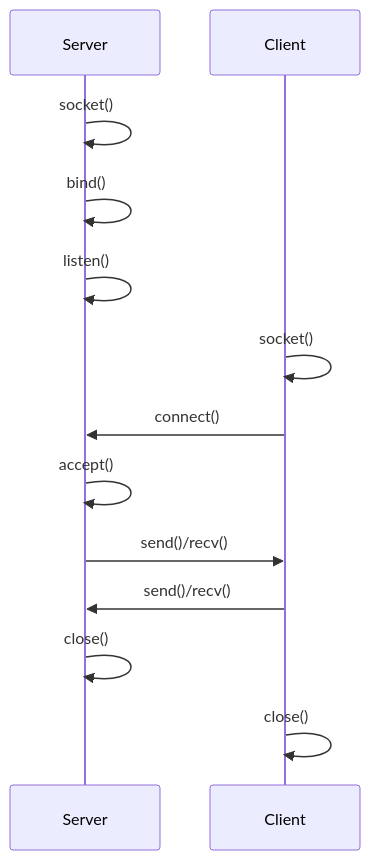
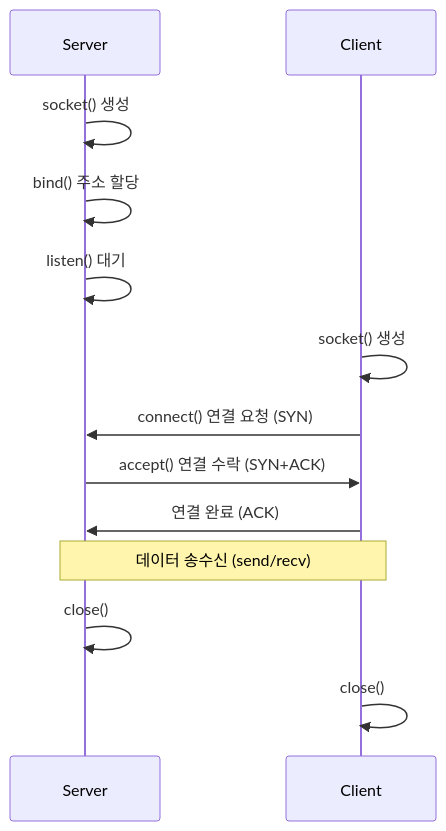
One commit to HamaPr/HamaPr.github.io changed the diagram in _posts/secure-coding/2025-09-17-Socket_study.md. Above: the diagram before and after it, drawn with Mermaid. The commit also changed other lines of this file and 94 other files, not shown here.

````diff
--- a/_posts/secure-coding/2025-09-17-Socket_study.md
+++ b/_posts/secure-coding/2025-09-17-Socket_study.md
@@ -15,16 +19,16 @@
 ```mermaid
 sequenceDiagram
     participant Server
     participant Client
     
-    Server->>Server: socket()
-    Server->>Server: bind()
-    Server->>Server: listen()
-    Client->>Client: socket()
-    Client->>Server: connect()
-    Server->>Server: accept()
-    Server->>Client: send()/recv()
-    Client->>Server: send()/recv()
+    Server->>Server: socket() 생성
+    Server->>Server: bind() 주소 할당
+    Server->>Server: listen() 대기
+    Client->>Client: socket() 생성
+    Client->>Server: connect() 연결 요청 (SYN)
+    Server->>Client: accept() 연결 수락 (SYN+ACK)
+    Client->>Server: 연결 완료 (ACK)
+    Note over Client, Server: 데이터 송수신 (send/recv)
     Server->>Server: close()
     Client->>Client: close()
 ```
````
